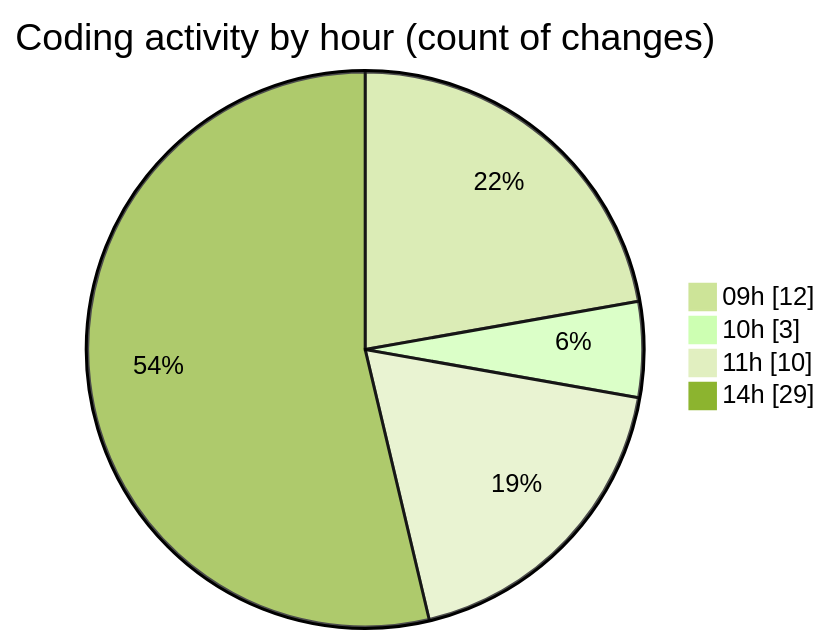
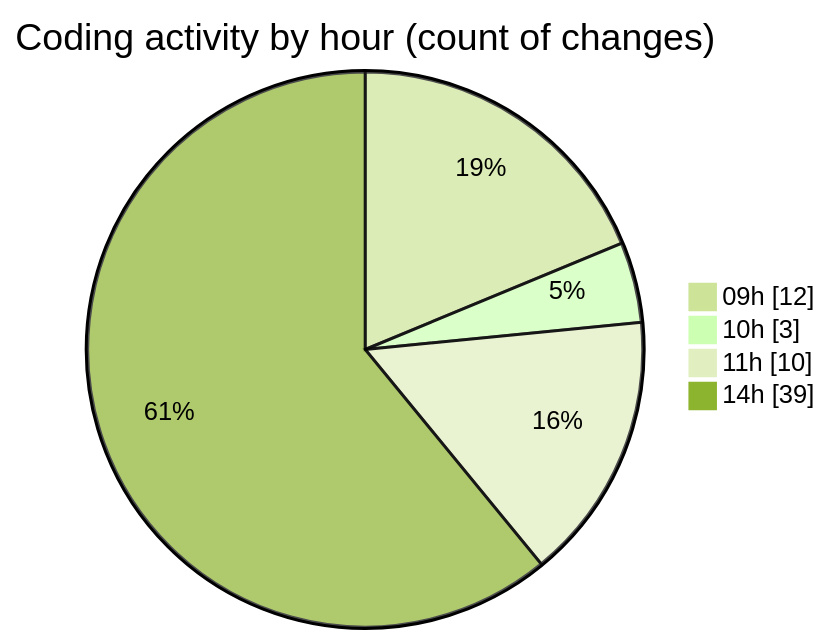
The second of 2 diagrams in 2025-03-08/myws__workspace_/README.md (MatusMokan/code-tracking), drawn with Mermaid (forest theme) before and after one commit. The commit also changed other lines of this file and 1 other file, not shown here.

````diff
--- a/2025-03-08/myws__workspace_/README.md
+++ b/2025-03-08/myws__workspace_/README.md
@@ -31,8 +31,8 @@
 ```mermaid
 pie showData
 title Coding activity by hour (count of changes)
 "09h" : 12
 "10h" : 3
 "11h" : 10
-"14h" : 29
+"14h" : 39
 ```
````
